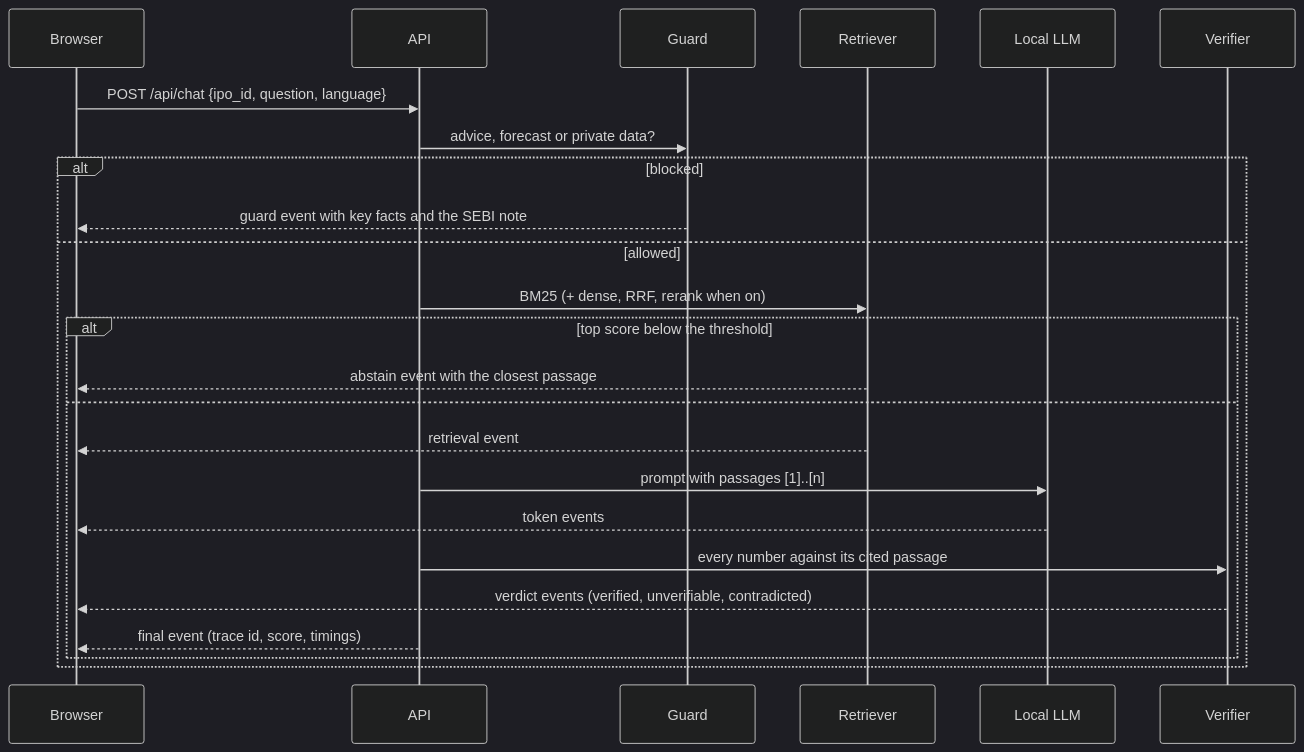
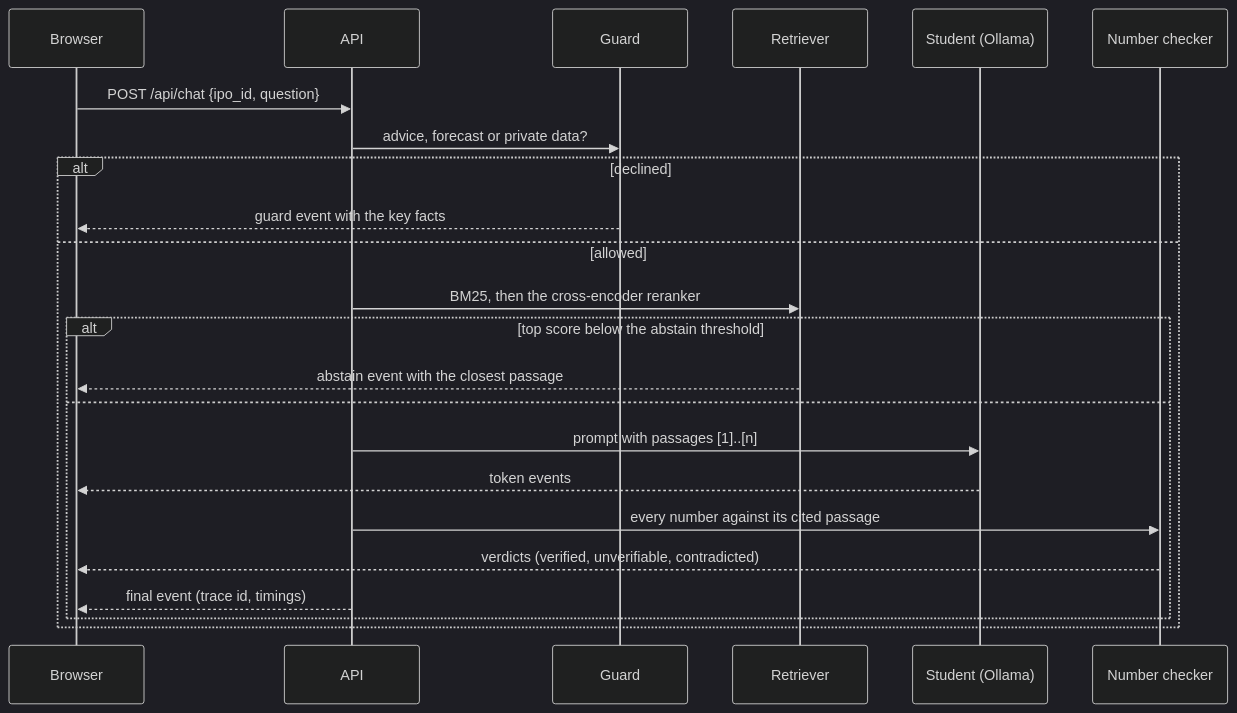
Before and after one commit to AkshatTm/FinSight-IPO-X-Ray-for-Indian-retail-investors: the fifth of 6 diagrams in docs/architecture/index.md, drawn with Mermaid (dark theme). The commit also changed other lines of this file and 16 other files, not shown here.

First line of the commit message:
docs(v1.1): new site nav; getting started, user guide, architecture and data pages

````diff
--- a/docs/architecture/index.md
+++ b/docs/architecture/index.md
@@ -118,26 +148,25 @@
 ```mermaid
 sequenceDiagram
   participant U as Browser
   participant A as API
   participant G as Guard
   participant R as Retriever
-  participant L as Local LLM
-  participant V as Verifier
-  U->>A: POST /api/chat {ipo_id, question, language}
+  participant L as Student (Ollama)
+  participant V as Number checker
+  U->>A: POST /api/chat {ipo_id, question}
   A->>G: advice, forecast or private data?
-  alt blocked
-    G-->>U: guard event with key facts and the SEBI note
+  alt declined
+    G-->>U: guard event with the key facts
   else allowed
-    A->>R: BM25 (+ dense, RRF, rerank when on)
-    alt top score below the threshold
+    A->>R: BM25, then the cross-encoder reranker
+    alt top score below the abstain threshold
       R-->>U: abstain event with the closest passage
     else
-      R-->>U: retrieval event
       A->>L: prompt with passages [1]..[n]
       L-->>U: token events
       A->>V: every number against its cited passage
-      V-->>U: verdict events (verified, unverifiable, contradicted)
-      A-->>U: final event (trace id, score, timings)
+      V-->>U: verdicts (verified, unverifiable, contradicted)
+      A-->>U: final event (trace id, timings)
     end
   end
 ```
````
